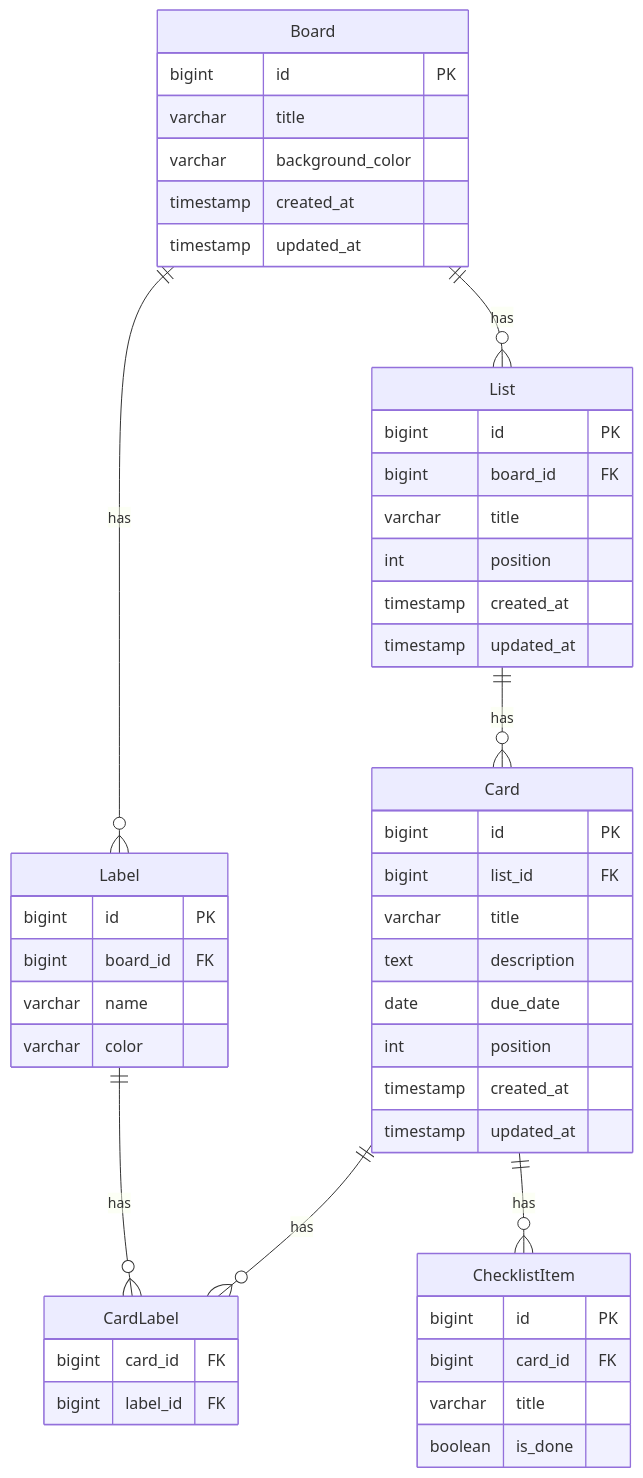
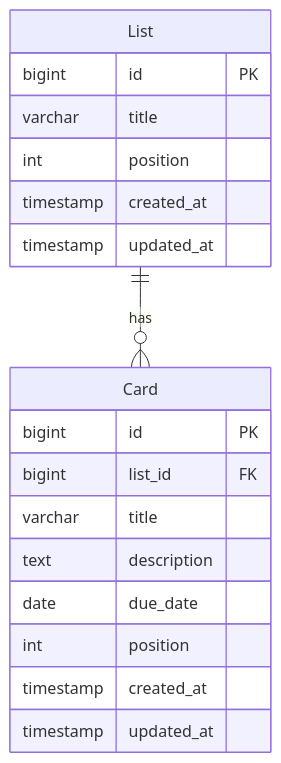
The second of 2 diagrams in docs/requirements.md (rinna-kawaguchi/TaskManagement), drawn with Mermaid before and after one commit. The commit also changed other lines of this file, not shown here.

````diff
--- a/docs/requirements.md
+++ b/docs/requirements.md
@@ -244,51 +169,22 @@
 ```mermaid
 erDiagram
-    Board {
-        bigint id PK
-        varchar title
-        varchar background_color
-        timestamp created_at
-        timestamp updated_at
-    }
     List {
         bigint id PK
-        bigint board_id FK
         varchar title
         int position
         timestamp created_at
         timestamp updated_at
     }
     Card {
         bigint id PK
         bigint list_id FK
         varchar title
         text description
         date due_date
         int position
         timestamp created_at
         timestamp updated_at
     }
-    Label {
-        bigint id PK
-        bigint board_id FK
-        varchar name
-        varchar color
-    }
-    CardLabel {
-        bigint card_id FK
-        bigint label_id FK
-    }
-    ChecklistItem {
-        bigint id PK
-        bigint card_id FK
-        varchar title
-        boolean is_done
-    }
 
-    Board ||--o{ List : "has"
     List ||--o{ Card : "has"
-    Board ||--o{ Label : "has"
-    Card ||--o{ CardLabel : "has"
-    Label ||--o{ CardLabel : "has"
-    Card ||--o{ ChecklistItem : "has"
 ```
````
